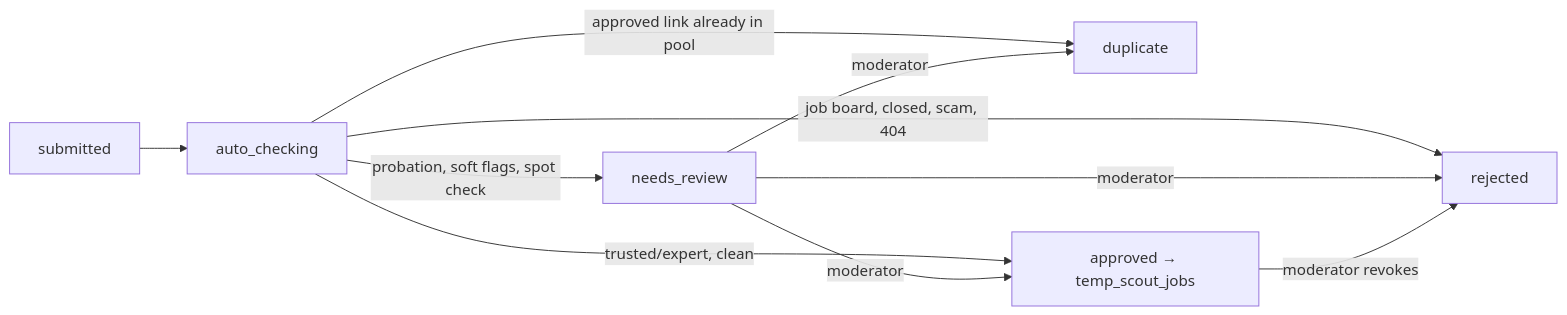
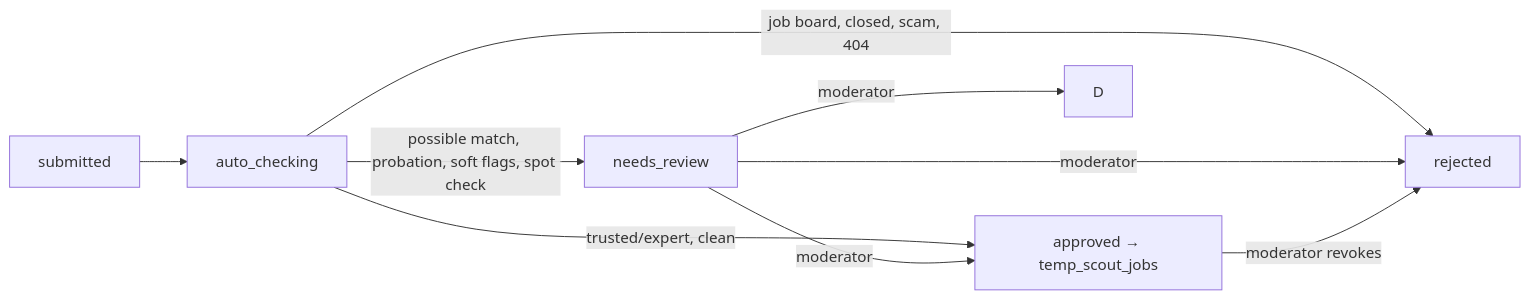
Before and after one commit to sid0709/Joined: the diagram in docs/61-scout-api.md, drawn with Mermaid. The commit also changed other lines of this file and 30 other files, not shown here.

````diff
--- a/docs/61-scout-api.md
+++ b/docs/61-scout-api.md
@@ -58,12 +59,11 @@
 ```mermaid
 flowchart LR
   S[submitted] --> C[auto_checking]
   C -->|job board, closed, scam, 404| R[rejected]
-  C -->|approved link already in pool| D[duplicate]
-  C -->|probation, soft flags, spot check| Q[needs_review]
+  C -->|possible match, probation, soft flags, spot check| Q[needs_review]
   C -->|trusted/expert, clean| A[approved → temp_scout_jobs]
   Q -->|moderator| A
   Q -->|moderator| R
   Q -->|moderator| D
   A -->|moderator revokes| R
 ```
````
